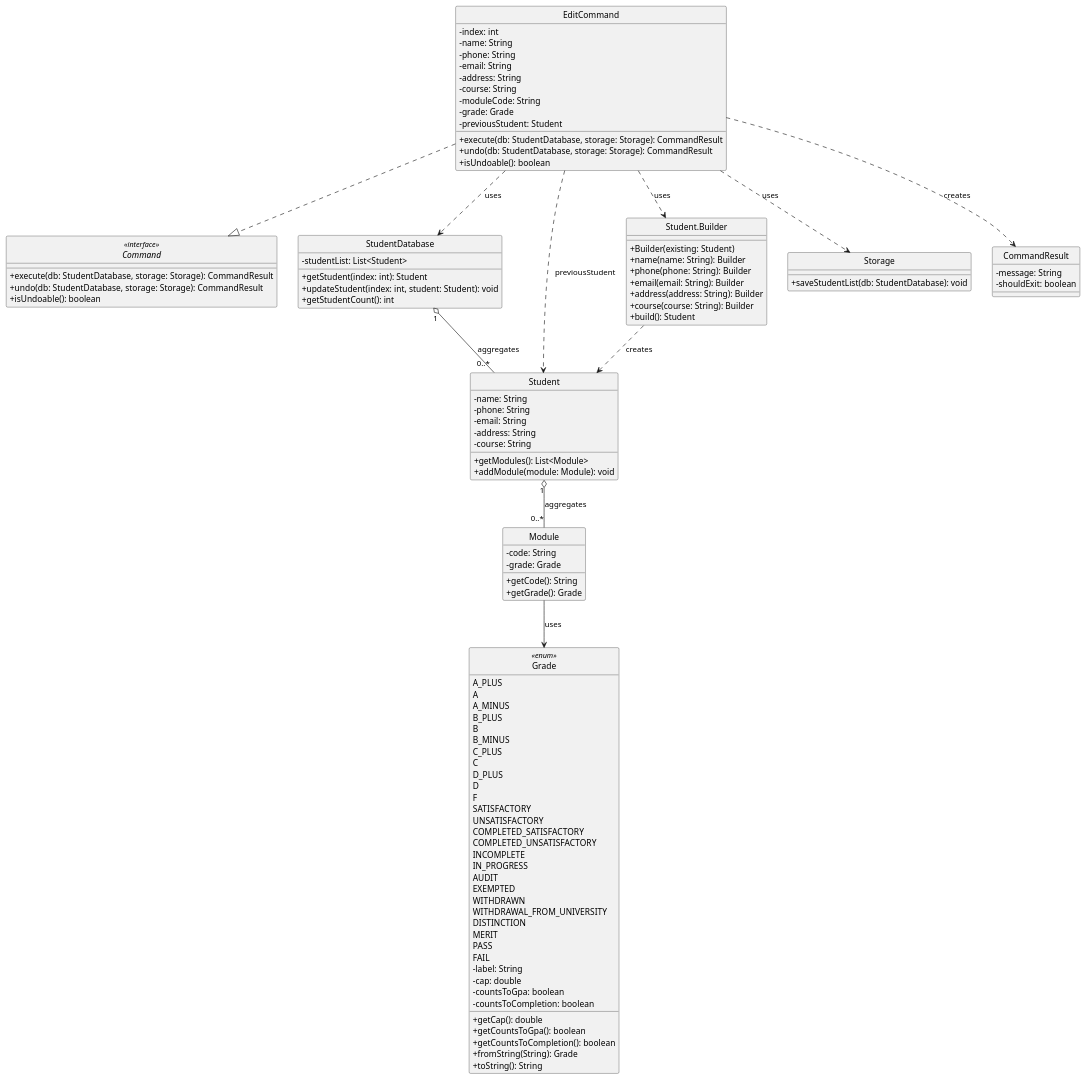
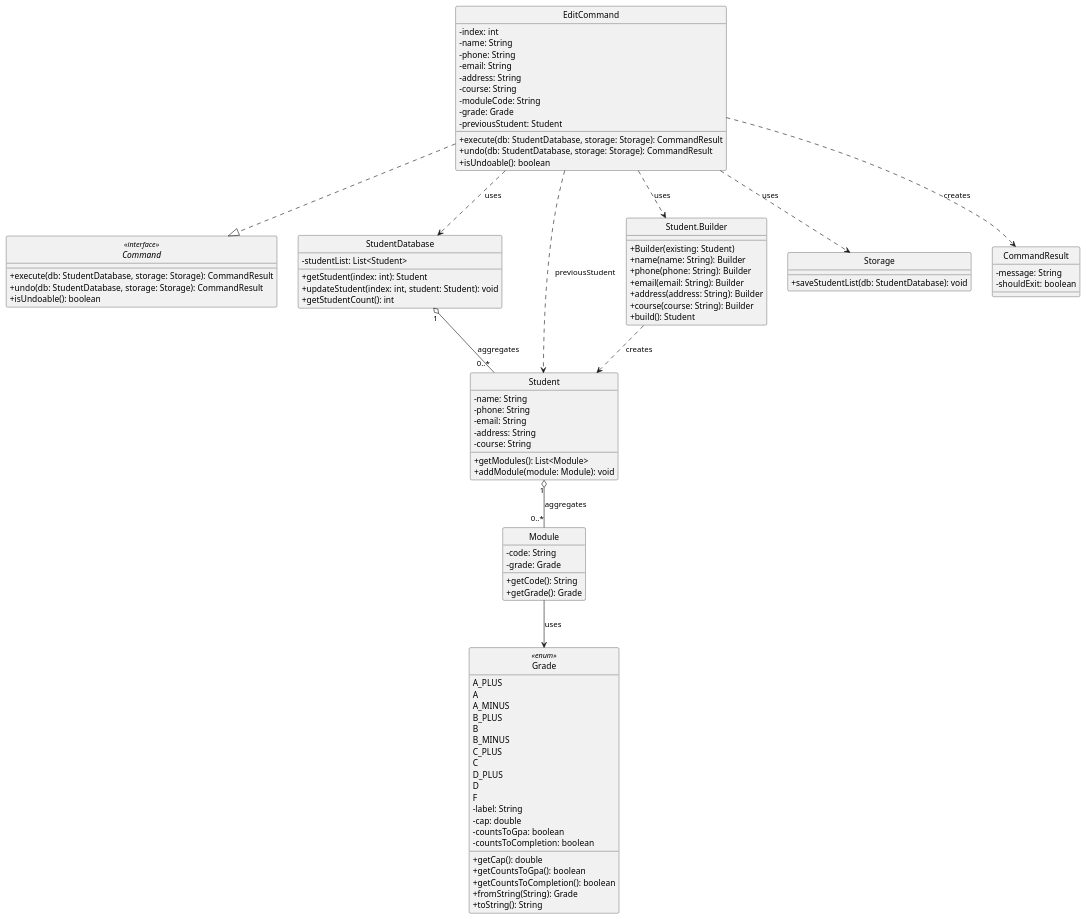
The diagram in docs/diagrams/EditCommandClass.puml (AgaraNUS/tp), drawn with PlantUML before and after one commit. The commit also changed 29 other files, not shown here.

```diff
--- a/docs/diagrams/EditCommandClass.puml
+++ b/docs/diagrams/EditCommandClass.puml
@@ -1,118 +1,104 @@
 @startuml EditCommand
 
 skinparam classAttributeIconSize 0
 skinparam style strictuml
 
 interface Command <<interface>> {
   + execute(db: StudentDatabase, storage: Storage): CommandResult
   + undo(db: StudentDatabase, storage: Storage): CommandResult
   + isUndoable(): boolean
 }
 
 class EditCommand {
   - index: int
   - name: String
   - phone: String
   - email: String
   - address: String
   - course: String
   - moduleCode: String
   - grade: Grade
   - previousStudent: Student
   + execute(db: StudentDatabase, storage: Storage): CommandResult
   + undo(db: StudentDatabase, storage: Storage): CommandResult
   + isUndoable(): boolean
 }
 
 class StudentDatabase {
   - studentList: List<Student>
   + getStudent(index: int): Student
   + updateStudent(index: int, student: Student): void
   + getStudentCount(): int
 }
 
 class Student {
   - name: String
   - phone: String
   - email: String
   - address: String
   - course: String
   + getModules(): List<Module>
   + addModule(module: Module): void
 }
 
 class "Student.Builder" as StudentBuilder {
   + Builder(existing: Student)
   + name(name: String): Builder
   + phone(phone: String): Builder
   + email(email: String): Builder
   + address(address: String): Builder
   + course(course: String): Builder
   + build(): Student
 }
 
 class Module {
   - code: String
   - grade: Grade
   + getCode(): String
   + getGrade(): Grade
 }
 
 enum Grade <<enum>>{
     A_PLUS
     A
     A_MINUS
     B_PLUS
     B
     B_MINUS
     C_PLUS
     C
     D_PLUS
     D
     F
-    SATISFACTORY
-    UNSATISFACTORY
-    COMPLETED_SATISFACTORY
-    COMPLETED_UNSATISFACTORY
-    INCOMPLETE
-    IN_PROGRESS
-    AUDIT
-    EXEMPTED
-    WITHDRAWN
-    WITHDRAWAL_FROM_UNIVERSITY
-    DISTINCTION
-    MERIT
-    PASS
-    FAIL
     -label: String
     -cap: double
     -countsToGpa: boolean
     -countsToCompletion: boolean
     +getCap(): double
     +getCountsToGpa(): boolean
     +getCountsToCompletion(): boolean
     +fromString(String): Grade
     +toString(): String
 }
 
 class Storage {
   + saveStudentList(db: StudentDatabase): void
 }
 
 class CommandResult {
   - message: String
   - shouldExit: boolean
 }
 
 EditCommand ..|> Command
 EditCommand ..> StudentDatabase : uses
 EditCommand ..> Storage : uses
 EditCommand ..> CommandResult : creates
 EditCommand ..> StudentBuilder : uses
 EditCommand ..> Student : previousStudent
 StudentBuilder ..> Student : creates
 StudentDatabase "1" o-- "0..*" Student : aggregates
 Student "1" o-- "0..*" Module : aggregates
 Module --> Grade : uses
 
 @enduml
```
